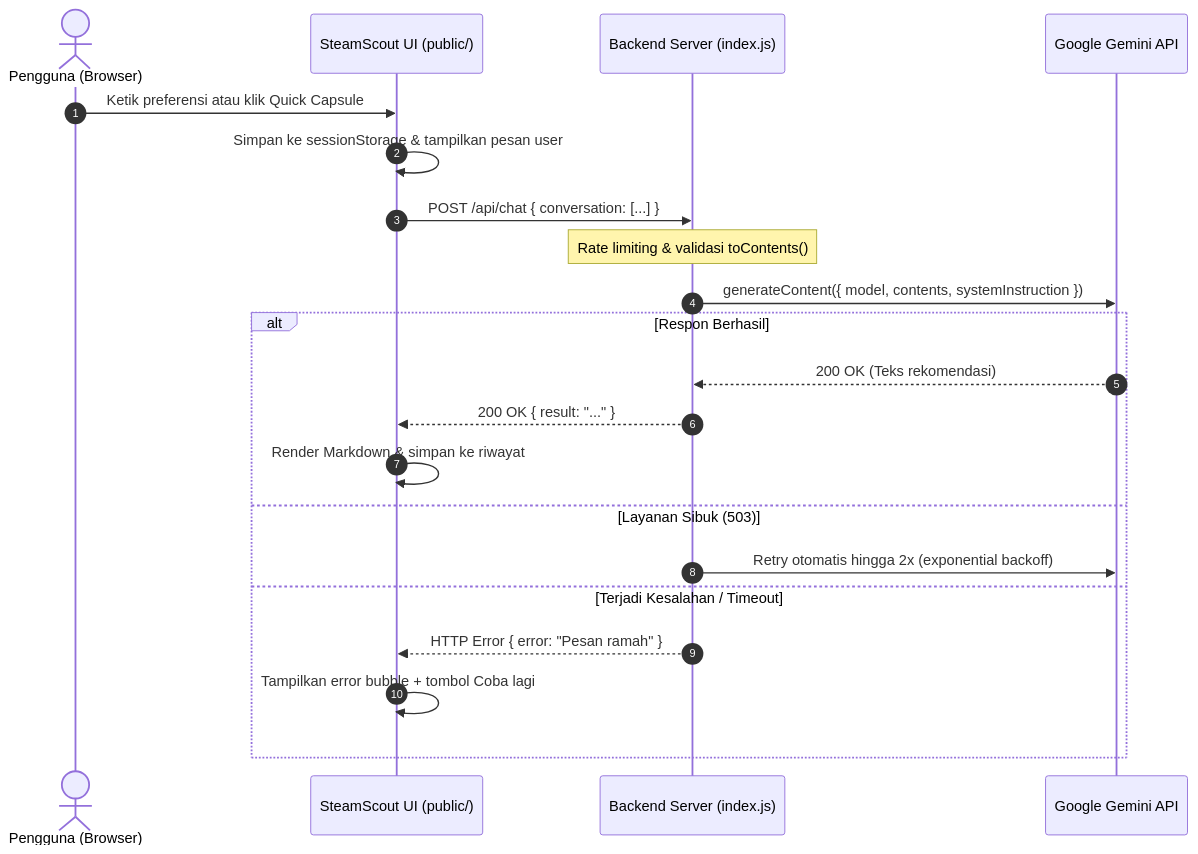
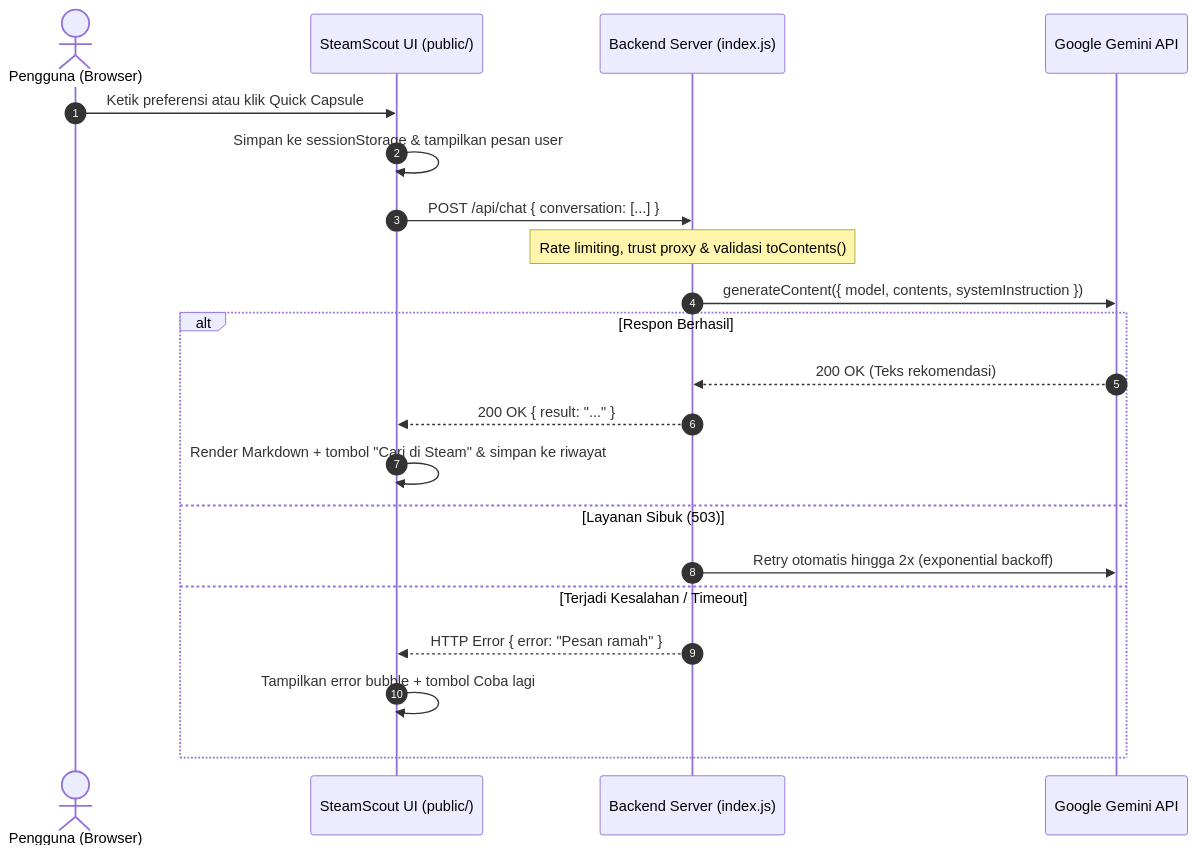
Before and after one commit to Farhanrhm/ChatBot: the diagram in README.md, drawn with Mermaid. The commit also changed other lines of this file, not shown here.

````diff
--- a/README.md
+++ b/README.md
@@ -39,24 +45,24 @@
 ```mermaid
 sequenceDiagram
     autonumber
     actor Gamer as Pengguna (Browser)
     participant UI as SteamScout UI (public/)
     participant Express as Backend Server (index.js)
     participant Gemini as Google Gemini API
 
     Gamer->>UI: Ketik preferensi atau klik Quick Capsule
     UI->>UI: Simpan ke sessionStorage & tampilkan pesan user
     UI->>Express: POST /api/chat { conversation: [...] }
-    Note over Express: Rate limiting & validasi toContents()
+    Note over Express: Rate limiting, trust proxy & validasi toContents()
     Express->>Gemini: generateContent({ model, contents, systemInstruction })
     alt Respon Berhasil
         Gemini-->>Express: 200 OK (Teks rekomendasi)
         Express-->>UI: 200 OK { result: "..." }
-        UI->>UI: Render Markdown & simpan ke riwayat
+        UI->>UI: Render Markdown + tombol "Cari di Steam" & simpan ke riwayat
     else Layanan Sibuk (503)
         Express->>Gemini: Retry otomatis hingga 2x (exponential backoff)
     else Terjadi Kesalahan / Timeout
         Express-->>UI: HTTP Error { error: "Pesan ramah" }
         UI->>UI: Tampilkan error bubble + tombol Coba lagi
     end
 ```
````
